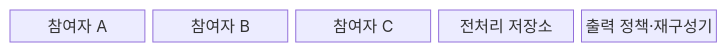
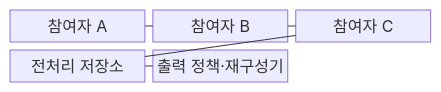
Before and after one commit to agnusdei1207/knowledge-base: the first of 2 diagrams in src/content/docs/notes/05-security/017_secure_multi_party_computation.md, drawn with Mermaid. The commit also changed other lines of this file and 151 other files, not shown here.

````diff
--- a/src/content/docs/notes/05-security/017_secure_multi_party_computation.md
+++ b/src/content/docs/notes/05-security/017_secure_multi_party_computation.md
@@ -63,9 +62,13 @@
 ```mermaid
 block-beta
-    columns 5
+    columns 3
     A["참여자 A"]
     B["참여자 B"]
     C["참여자 C"]
     P["전처리 저장소"]
     O["출력 정책·재구성기"]
+    A --- B
+    B --- C
+    C --- P
+    P --- O
 ```
````
